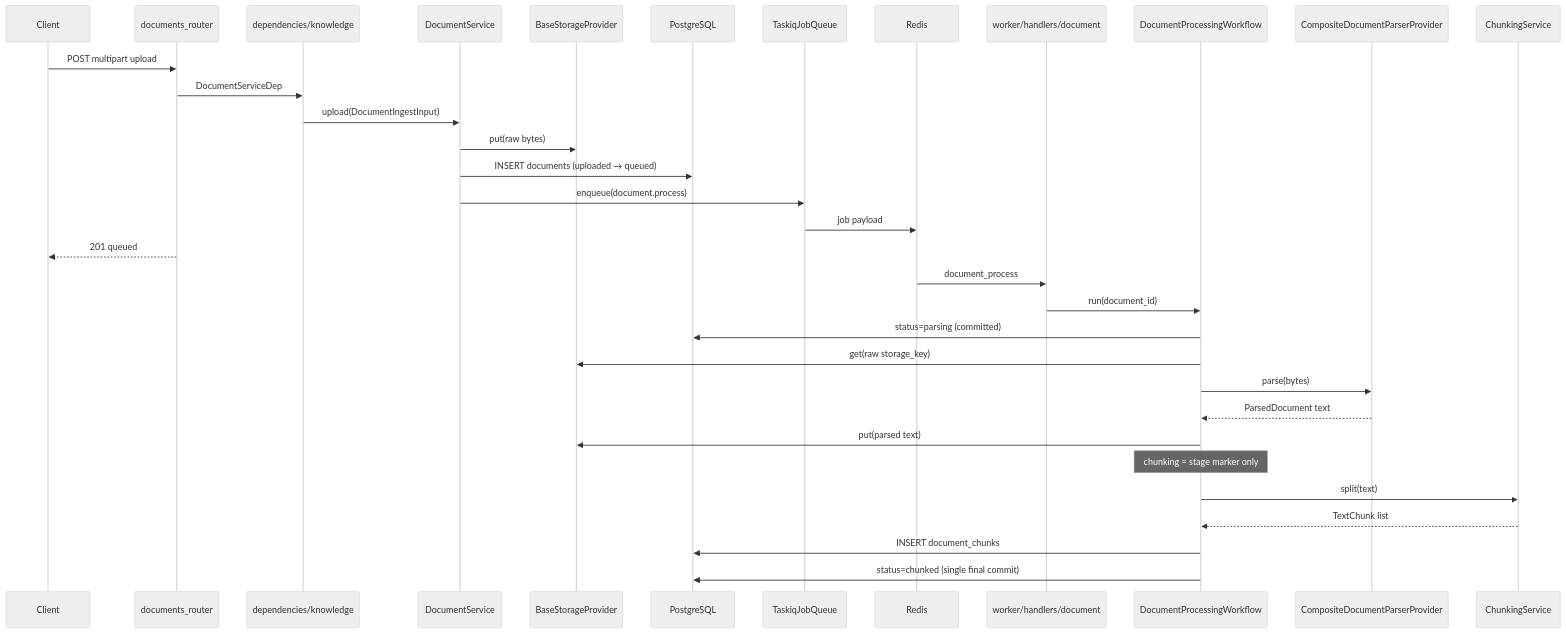
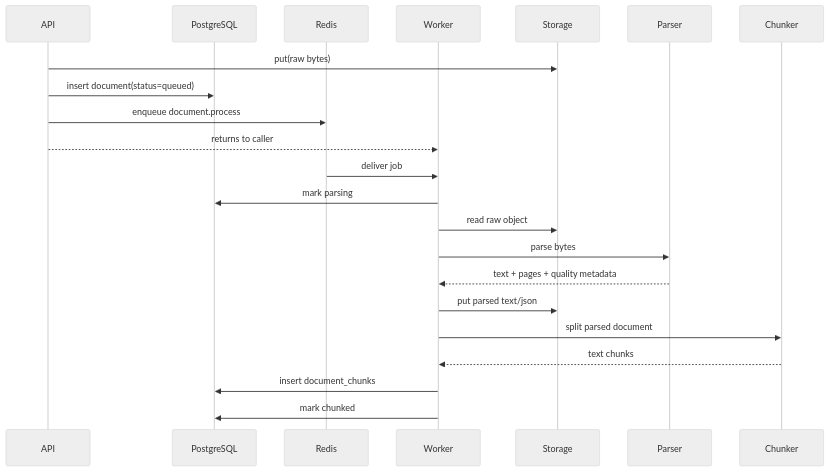
The second of 2 diagrams in docs/learning/knowledge-ingestion-journey.md (Jrahimin/rag-builder), drawn with Mermaid (neutral theme) before and after one commit. The commit also changed other lines of this file and 17 other files, not shown here.

````diff
--- a/docs/learning/knowledge-ingestion-journey.md
+++ b/docs/learning/knowledge-ingestion-journey.md
@@ -23,37 +85,25 @@
 ```mermaid
 sequenceDiagram
-    participant Client
-    participant Router as documents_router
-    participant DI as dependencies/knowledge
-    participant Svc as DocumentService
-    participant Store as BaseStorageProvider
+    participant API
     participant DB as PostgreSQL
-    participant Queue as TaskiqJobQueue
     participant Redis
-    participant Worker as worker/handlers/document
-    participant Flow as DocumentProcessingWorkflow
-    participant Parser as CompositeDocumentParserProvider
-    participant Chunker as ChunkingService
+    participant Worker
+    participant Storage
+    participant Parser
+    participant Chunker
 
-    Client->>Router: POST multipart upload
-    Router->>DI: DocumentServiceDep
-    DI->>Svc: upload(DocumentIngestInput)
-    Svc->>Store: put(raw bytes)
-    Svc->>DB: INSERT documents (uploaded → queued)
-    Svc->>Queue: enqueue(document.process)
-    Queue->>Redis: job payload
-    Router-->>Client: 201 queued
-
-    Redis->>Worker: document_process
-    Worker->>Flow: run(document_id)
-    Flow->>DB: status=parsing (committed)
-    Flow->>Store: get(raw storage_key)
-    Flow->>Parser: parse(bytes)
-    Parser-->>Flow: ParsedDocument text
-    Flow->>Store: put(parsed text)
-    Note over Flow: chunking = stage marker only
-    Flow->>Chunker: split(text)
-    Chunker-->>Flow: TextChunk list
-    Flow->>DB: INSERT document_chunks
-    Flow->>DB: status=chunked (single final commit)
+    API->>Storage: put(raw bytes)
+    API->>DB: insert document(status=queued)
+    API->>Redis: enqueue document.process
+    API-->>Worker: returns to caller
+    Redis->>Worker: deliver job
+    Worker->>DB: mark parsing
+    Worker->>Storage: read raw object
+    Worker->>Parser: parse bytes
+    Parser-->>Worker: text + pages + quality metadata
+    Worker->>Storage: put parsed text/json
+    Worker->>Chunker: split parsed document
+    Chunker-->>Worker: text chunks
+    Worker->>DB: insert document_chunks
+    Worker->>DB: mark chunked
 ```
````
